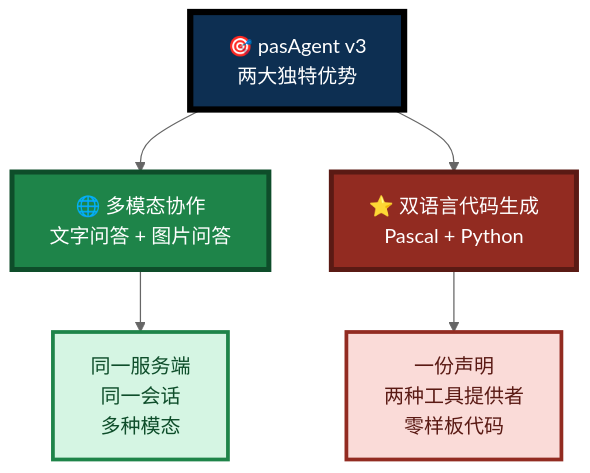
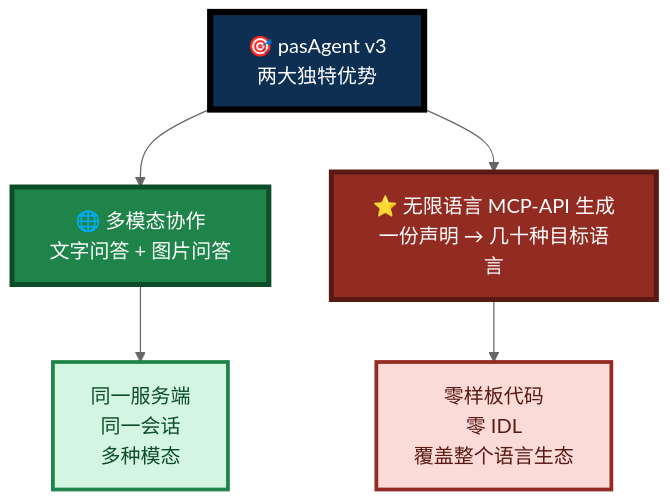
Before and after one commit to PassByYou888/LingoFuse-pasAgent-v3: the first of 10 diagrams in readme.md, drawn with Mermaid (neutral theme). The commit also changed other lines of this file and 83 other files, not shown here.

````diff
--- a/readme.md
+++ b/readme.md
@@ -77,16 +77,16 @@
 ```mermaid
 flowchart TB
     V3["🎯 pasAgent v3<br/>两大独特优势"]
 
     V3 --> A1["🌐 多模态协作<br/>文字问答 + 图片问答"]
-    V3 --> A2["⭐ 双语言代码生成<br/>Pascal + Python"]
+    V3 --> A2["⭐ 无限语言 MCP-API 生成<br/>一份声明 → 几十种目标语言"]
 
     A1 --> D1["同一服务端<br/>同一会话<br/>多种模态"]
-    A2 --> D2["一份声明<br/>两种工具提供者<br/>零样板代码"]
+    A2 --> D2["零样板代码<br/>零 IDL<br/>覆盖整个语言生态"]
 
     style V3 fill:#0D2F52,stroke:#000000,stroke-width:5px,color:#FFFFFF
     style A1 fill:#1E8449,stroke:#0E4D2A,stroke-width:4px,color:#FFFFFF
     style A2 fill:#922B21,stroke:#5A1A14,stroke-width:4px,color:#FFFFFF
     style D1 fill:#D5F5E3,stroke:#1E8449,stroke-width:3px,color:#0E4D2A
     style D2 fill:#FADBD8,stroke:#922B21,stroke-width:3px,color:#5A1A14
 ```
````
